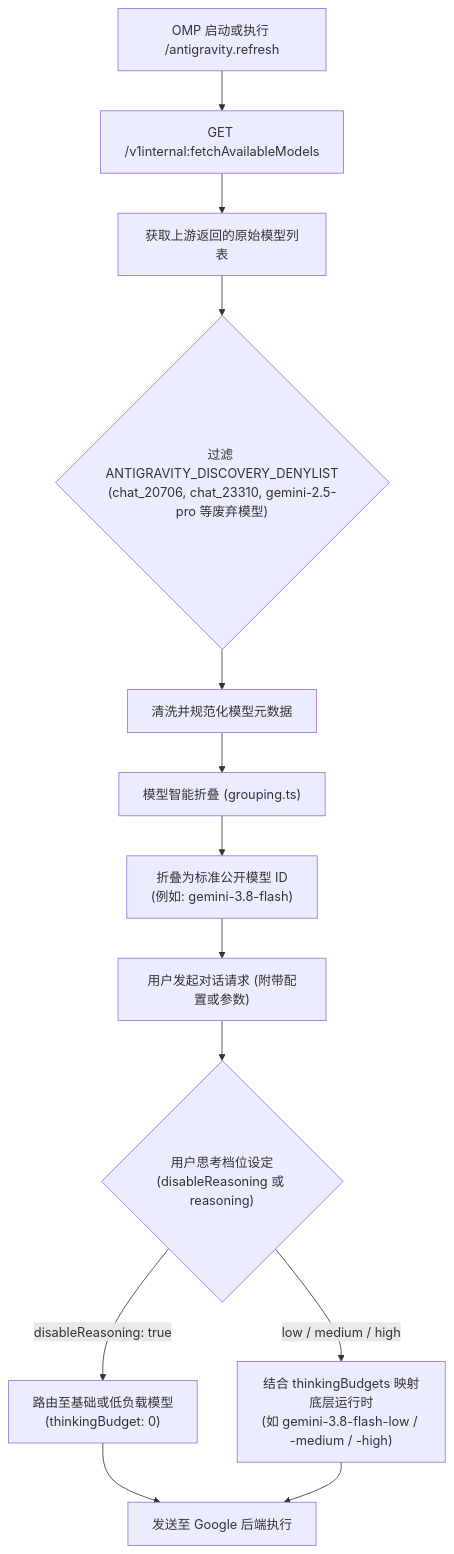
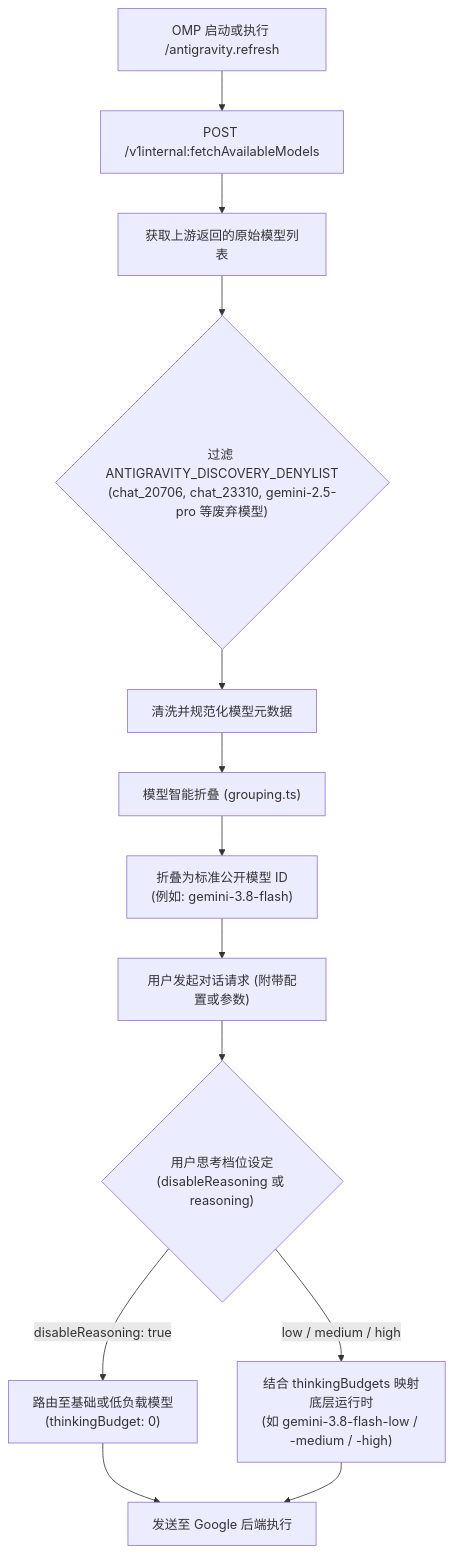
Before and after one commit to oscs1024-pixel/omp-antigravity: the fifth of 7 diagrams in README.md, drawn with Mermaid. The commit also changed other lines of this file and 26 other files, not shown here.

````diff
--- a/README.md
+++ b/README.md
@@ -292,20 +292,20 @@
 ```mermaid
 flowchart TD
-    Trigger["OMP 启动或执行 /antigravity.refresh"] --> FetchAPI["GET /v1internal:fetchAvailableModels"]
+    Trigger["OMP 启动或执行 /antigravity.refresh"] --> FetchAPI["POST /v1internal:fetchAvailableModels"]
     FetchAPI --> RawList["获取上游返回的原始模型列表"]
 
     RawList --> DenylistFilter{"过滤 ANTIGRAVITY_DISCOVERY_DENYLIST<br/>(chat_20706, chat_23310, gemini-2.5-pro 等废弃模型)"}
     DenylistFilter --> Sanitize["清洗并规范化模型元数据"]
 
     Sanitize --> Grouping["模型智能折叠 (grouping.ts)"]
     Grouping --> PublicModel["折叠为标准公开模型 ID<br/>(例如: gemini-3.8-flash)"]
 
     PublicModel --> UserReq["用户发起对话请求 (附带配置或参数)"]
     UserReq --> CheckEffort{"用户思考档位设定<br/>(disableReasoning 或 reasoning)"}
 
     CheckEffort -- disableReasoning: true --> RouteOff["路由至基础或低负载模型<br/>(thinkingBudget: 0)"]
     CheckEffort -- low / medium / high --> RouteTier["结合 thinkingBudgets 映射底层运行时<br/>(如 gemini-3.8-flash-low / -medium / -high)"]
 
     RouteOff --> WireReq["发送至 Google 后端执行"]
     RouteTier --> WireReq
 ```
````
